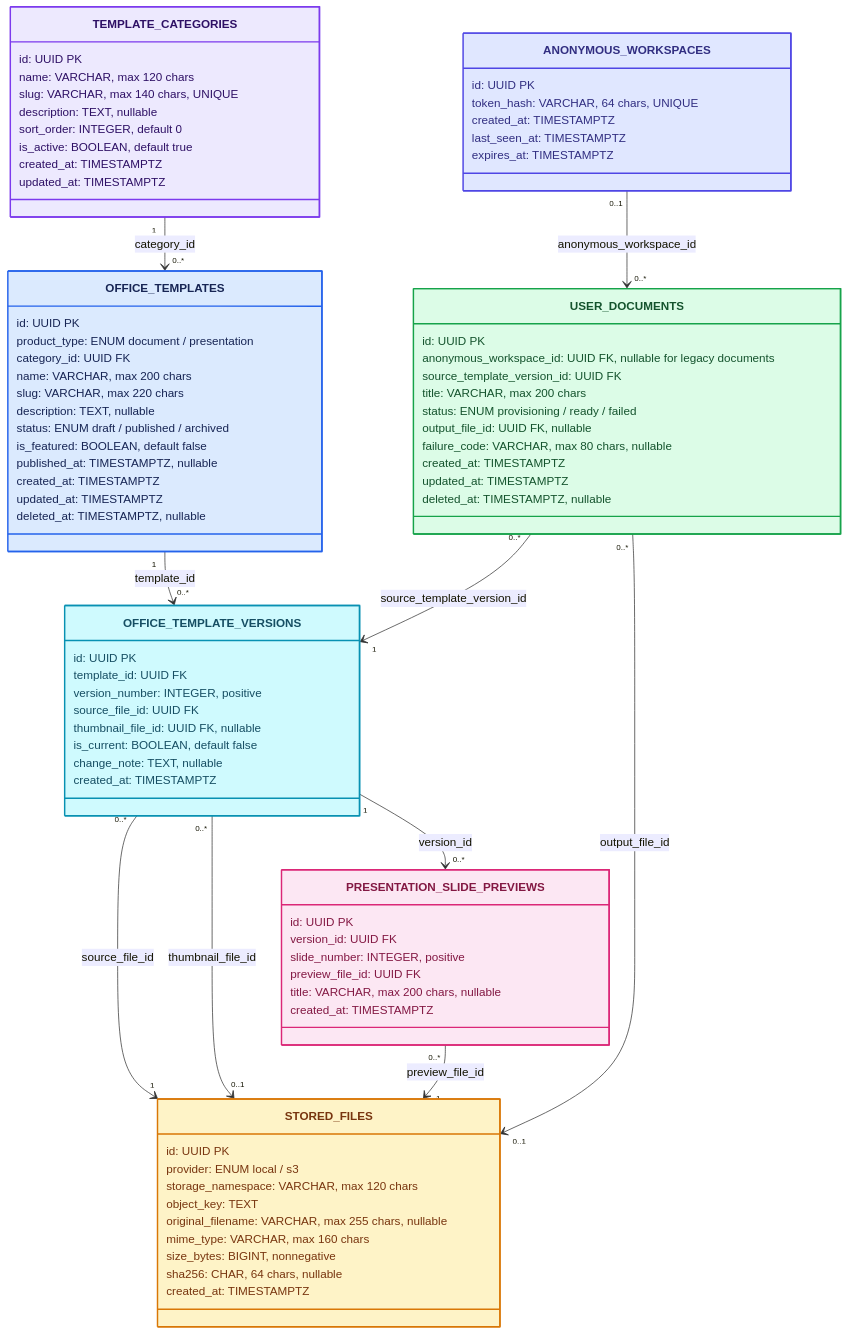
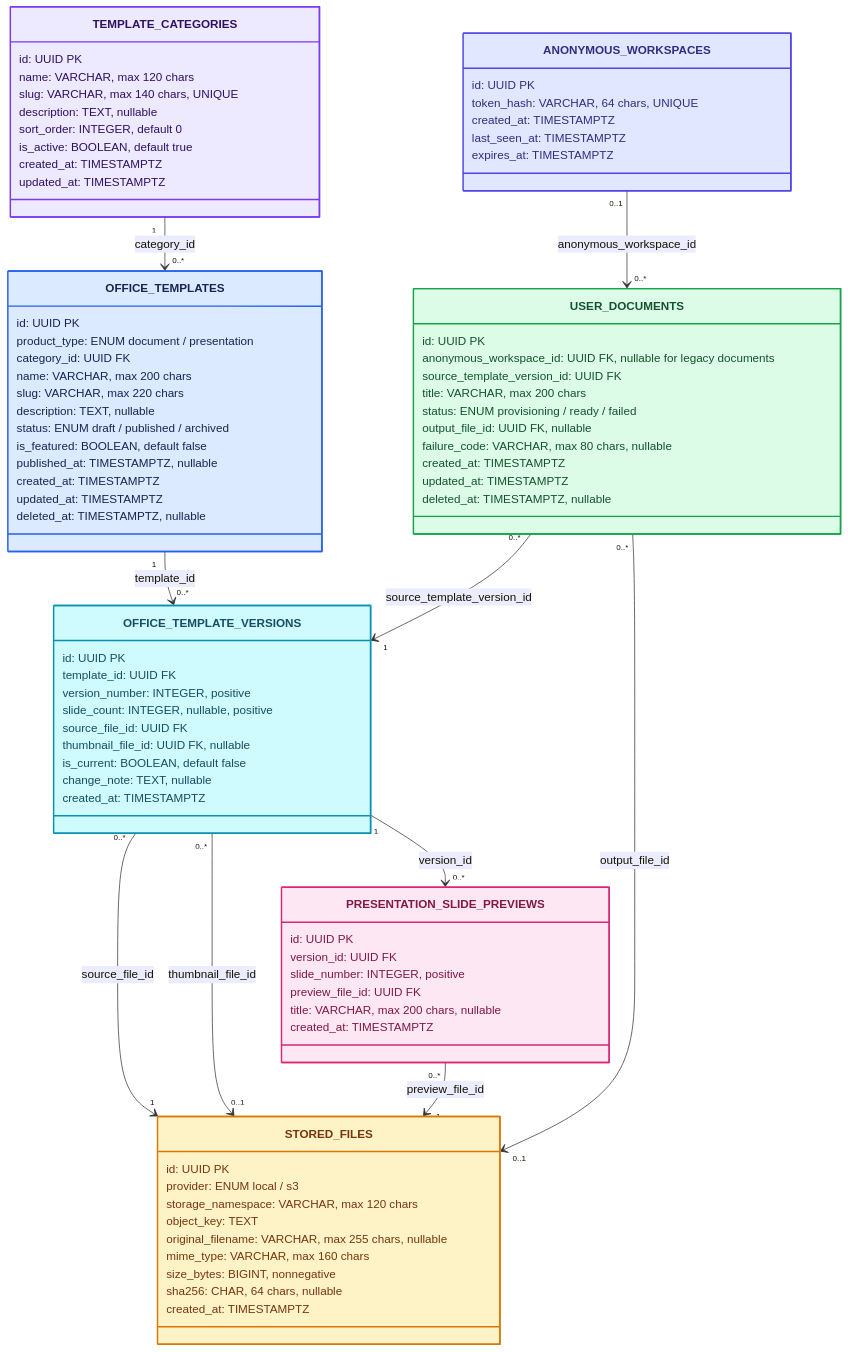
One commit to Office-Template-Platform/Backend changed the diagram in README.md. Above: the diagram before and after it, drawn with Mermaid. The commit also changed other lines of this file, not shown here.

```diff
--- a/README.md
+++ b/README.md
@@ -348,6 +383,7 @@
         id: UUID PK
         template_id: UUID FK
         version_number: INTEGER, positive
+        slide_count: INTEGER, nullable, positive
         source_file_id: UUID FK
         thumbnail_file_id: UUID FK, nullable
         is_current: BOOLEAN, default false
```
